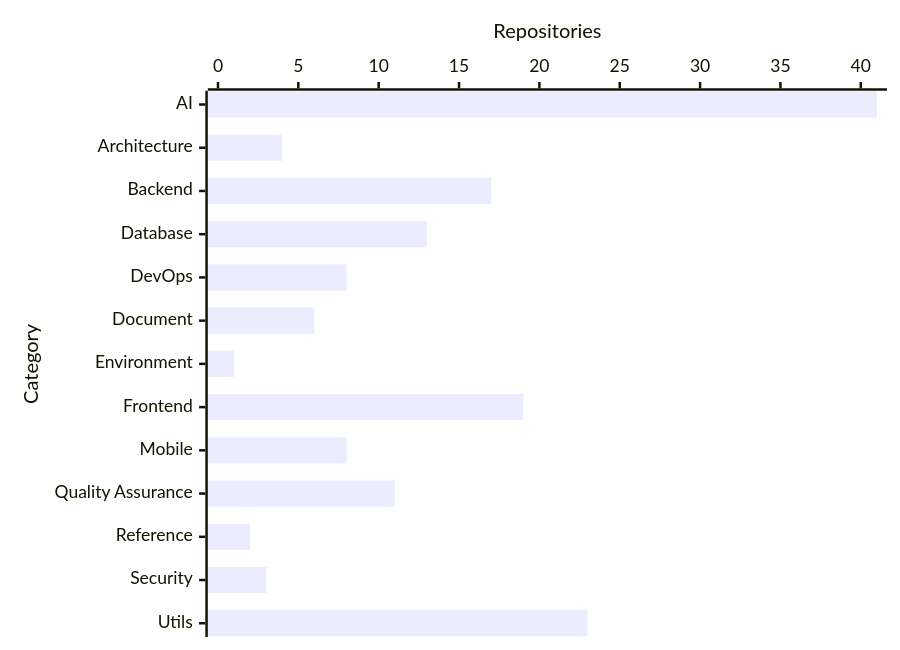
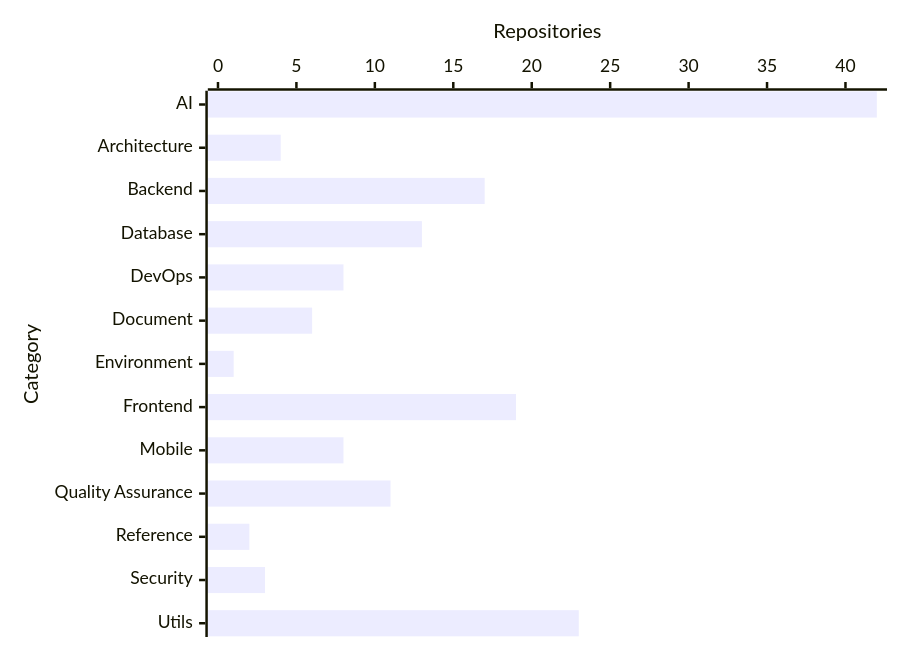
One commit to prawee/resource changed the diagram in README.md. Above: the diagram before and after it, drawn with Mermaid. The commit also changed other lines of this file, not shown here.

````diff
--- a/README.md
+++ b/README.md
@@ -11,6 +11,6 @@
 ```mermaid
 xychart-beta horizontal
     x-axis "Category" ["AI", "Architecture", "Backend", "Database", "DevOps", "Document", "Environment", "Frontend", "Mobile", "Quality Assurance", "Reference", "Security", "Utils"]
-    y-axis "Repositories" 0 --> 41
-    bar [41, 4, 17, 13, 8, 6, 1, 19, 8, 11, 2, 3, 23]
+    y-axis "Repositories" 0 --> 42
+    bar [42, 4, 17, 13, 8, 6, 1, 19, 8, 11, 2, 3, 23]
 ```
````
